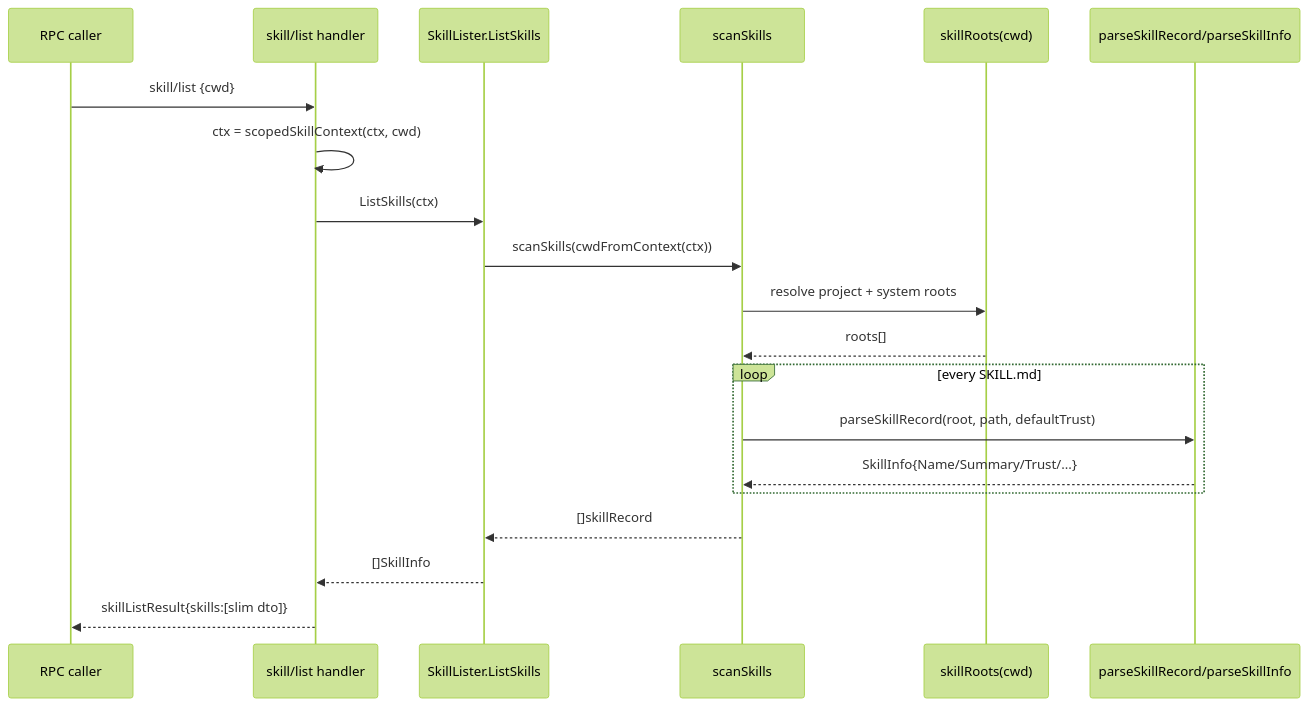
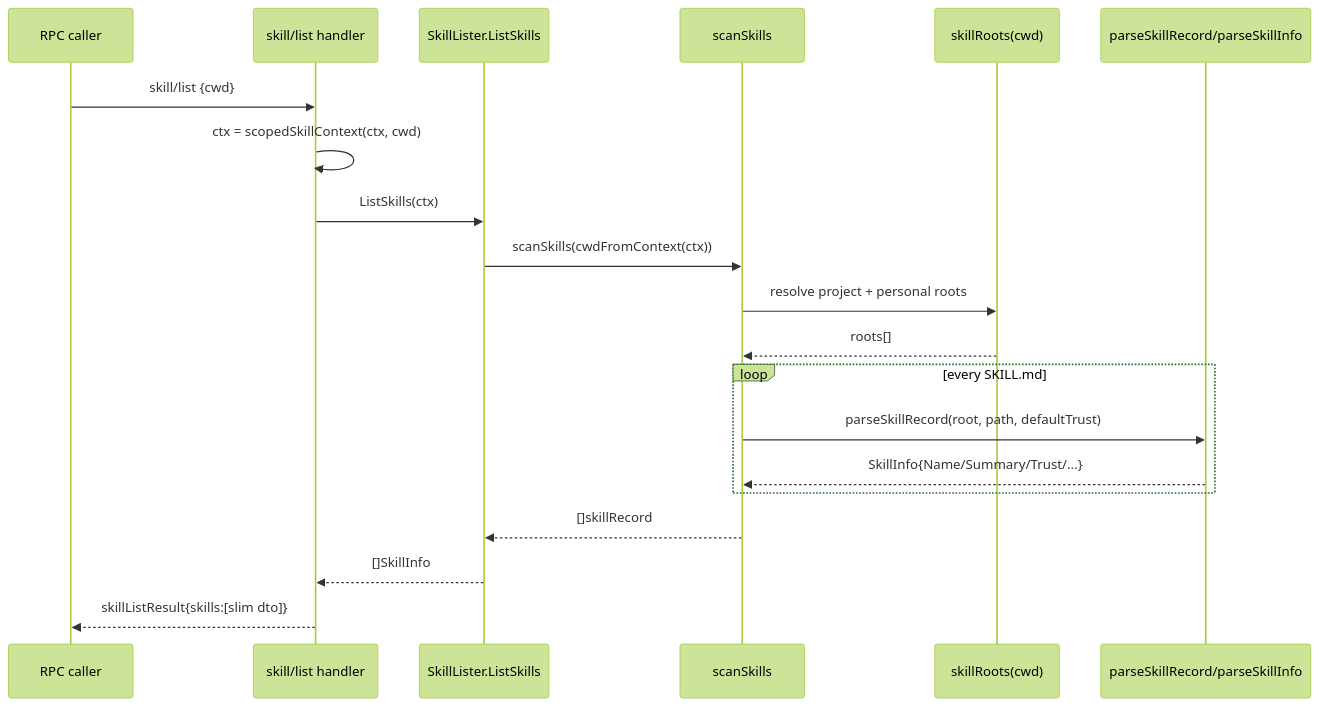
One commit to lihah111222333-cloud/Super-Dolphin-Agent-Cockpit changed the sixth of 8 diagrams in docs/doc/codemap/07-module-read.md. Above: the diagram before and after it, drawn with Mermaid (forest theme). The commit also changed other lines of this file and 267 other files, not shown here.

````diff
--- a/docs/doc/codemap/07-module-read.md
+++ b/docs/doc/codemap/07-module-read.md
@@ -328,23 +331,23 @@
 ```mermaid
 sequenceDiagram
     participant C as RPC caller
     participant H as skill/list handler
     participant S as SkillLister.ListSkills
     participant SCAN as scanSkills
     participant ROOT as skillRoots(cwd)
     participant PARSE as parseSkillRecord/parseSkillInfo
 
     C->>H: skill/list {cwd}
     H->>H: ctx = scopedSkillContext(ctx, cwd)
     H->>S: ListSkills(ctx)
     S->>SCAN: scanSkills(cwdFromContext(ctx))
-    SCAN->>ROOT: resolve project + system roots
+    SCAN->>ROOT: resolve project + personal roots
     ROOT-->>SCAN: roots[]
     loop every SKILL.md
         SCAN->>PARSE: parseSkillRecord(root, path, defaultTrust)
         PARSE-->>SCAN: SkillInfo{Name/Summary/Trust/...}
     end
     SCAN-->>S: []skillRecord
     S-->>H: []SkillInfo
     H-->>C: skillListResult{skills:[slim dto]}
 ```
````
